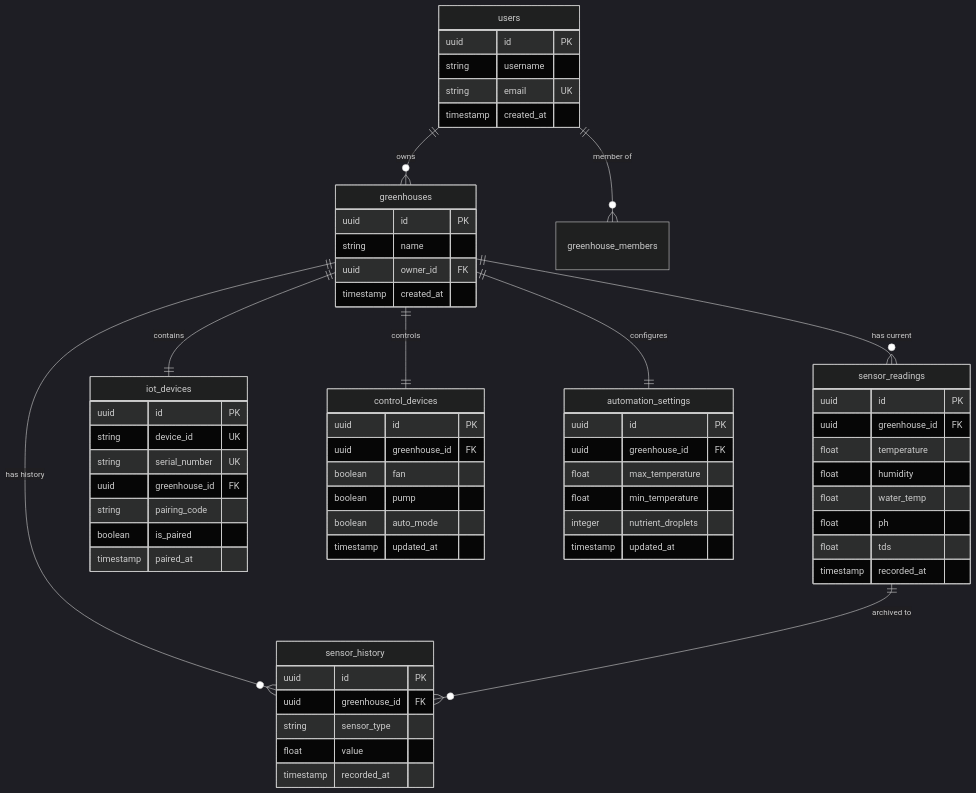
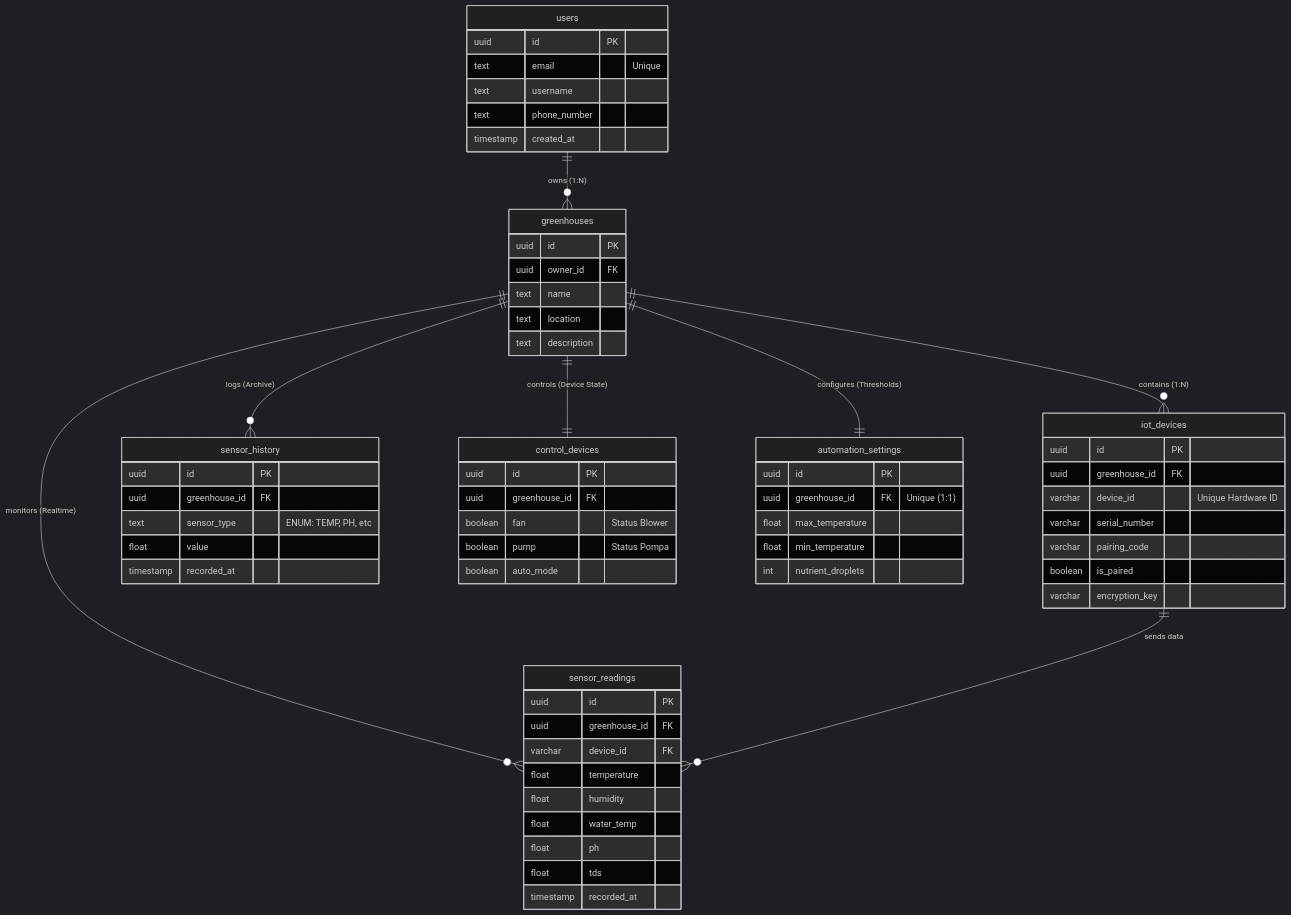
One commit to HaritsDetya/Melon_Monitoring_and_Automation changed the diagram in DATABASE.md. Above: the diagram before and after it, drawn with Mermaid (dark theme).

````diff
--- a/DATABASE.md
+++ b/DATABASE.md
@@ -311,74 +311,80 @@
-   ```mermaid
-    erDiagram
-       users ||--o{ greenhouses : owns
-       users ||--o{ greenhouse_members : "member of"
-       
-       greenhouses ||--o{ sensor_readings : "has current"
-       greenhouses ||--o{ sensor_history : "has history"
-       greenhouses ||--|| iot_devices : "contains"
-       greenhouses ||--|| control_devices : "controls"
-       greenhouses ||--|| automation_settings : "configures"
-       
-       sensor_readings ||--o{ sensor_history : "archived to"
-       
-       users {
-           uuid id PK
-           string username
-           string email UK
-           timestamp created_at
-       }
-       
-       greenhouses {
-           uuid id PK
-           string name
-           uuid owner_id FK
-           timestamp created_at
-       }
-       
-       sensor_readings {
-           uuid id PK
-           uuid greenhouse_id FK
-           float temperature
-           float humidity
-           float water_temp
-           float ph
-           float tds
-           timestamp recorded_at
-       }
-       
-       sensor_history {
-           uuid id PK
-           uuid greenhouse_id FK
-           string sensor_type
-           float value
-           timestamp recorded_at
-       }
-       
-       iot_devices {
-           uuid id PK
-           string device_id UK
-           string serial_number UK
-           uuid greenhouse_id FK
-           string pairing_code
-           boolean is_paired
-           timestamp paired_at
-       }
-       
-       control_devices {
-           uuid id PK
-           uuid greenhouse_id FK
-           boolean fan
-           boolean pump
-           boolean auto_mode
-           timestamp updated_at
-       }
-       
-       automation_settings {
-           uuid id PK
-           uuid greenhouse_id FK
-           float max_temperature
-           float min_temperature
-           integer nutrient_droplets
-           timestamp updated_at
-       }
-   ```
+   ``` mermaid
+erDiagram
+    users {
+        uuid id PK
+        text email "Unique"
+        text username
+        text phone_number
+        timestamp created_at
+    }
+
+    greenhouses {
+        uuid id PK
+        uuid owner_id FK
+        text name
+        text location
+        text description
+    }
+
+    iot_devices {
+        uuid id PK
+        uuid greenhouse_id FK
+        varchar device_id "Unique Hardware ID"
+        varchar serial_number
+        varchar pairing_code
+        boolean is_paired
+        varchar encryption_key
+    }
+
+    sensor_readings {
+        uuid id PK
+        uuid greenhouse_id FK
+        varchar device_id FK
+        float temperature
+        float humidity
+        float water_temp
+        float ph
+        float tds
+        timestamp recorded_at
+    }
+
+    sensor_history {
+        uuid id PK
+        uuid greenhouse_id FK
+        text sensor_type "ENUM: TEMP, PH, etc"
+        float value
+        timestamp recorded_at
+    }
+
+    control_devices {
+        uuid id PK
+        uuid greenhouse_id FK
+        boolean fan "Status Blower"
+        boolean pump "Status Pompa"
+        boolean auto_mode
+    }
+
+    automation_settings {
+        uuid id PK
+        uuid greenhouse_id FK "Unique (1:1)"
+        float max_temperature
+        float min_temperature
+        int nutrient_droplets
+    }
+
+    %% RELASI ANTAR TABEL %%
+
+    users ||--o{ greenhouses : "owns (1:N)"
+    
+    greenhouses ||--o{ iot_devices : "contains (1:N)"
+    
+    greenhouses ||--o{ sensor_readings : "monitors (Realtime)"
+    
+    iot_devices ||--o{ sensor_readings : "sends data"
+    
+    greenhouses ||--o{ sensor_history : "logs (Archive)"
+    
+    greenhouses ||--|| control_devices : "controls (Device State)"
+    
+    greenhouses ||--|| automation_settings : "configures (Thresholds)"
+```
````
